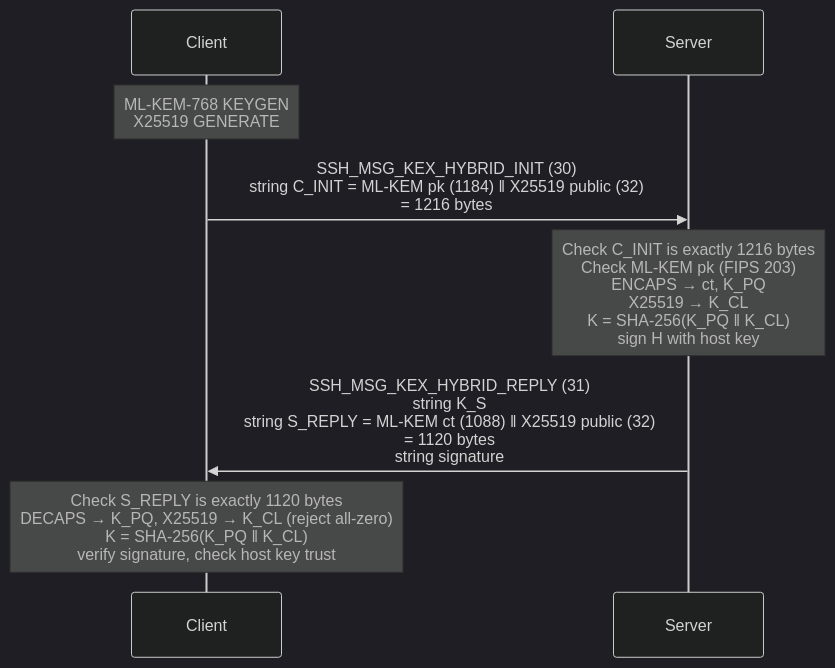
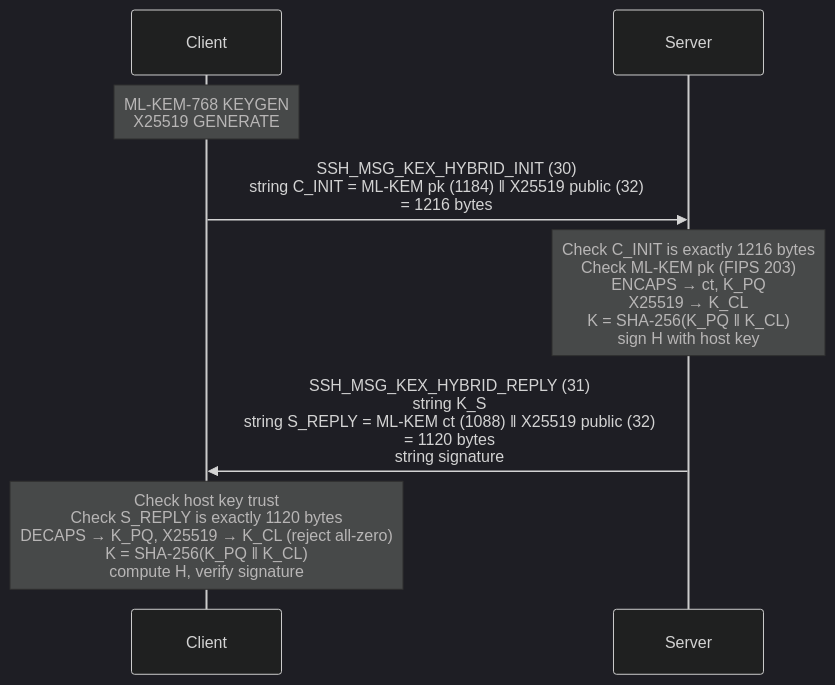
The fourth of 5 diagrams in src/crypto-post-quantum.md (fornwall/ssh-protocol), drawn with Mermaid (dark theme) before and after one commit. The commit also changed 9 other files, not shown here.

First line of the commit message:
Show that the client checks host-key trust before the KEX signature

````diff
--- a/src/crypto-post-quantum.md
+++ b/src/crypto-post-quantum.md
@@ -323,10 +323,10 @@
 ```mermaid
 sequenceDiagram
     participant C as Client
     participant S as Server
     Note over C: ML-KEM-768 KEYGEN<br/>X25519 GENERATE
     C->>S: SSH_MSG_KEX_HYBRID_INIT (30)<br/>string C_INIT = ML-KEM pk (1184) ‖ X25519 public (32)<br/>= 1216 bytes
     Note over S: Check C_INIT is exactly 1216 bytes<br/>Check ML-KEM pk (FIPS 203)<br/>ENCAPS → ct, K_PQ<br/>X25519 → K_CL<br/>K = SHA-256(K_PQ ‖ K_CL)<br/>sign H with host key
     S->>C: SSH_MSG_KEX_HYBRID_REPLY (31)<br/>string K_S<br/>string S_REPLY = ML-KEM ct (1088) ‖ X25519 public (32)<br/>= 1120 bytes<br/>string signature
-    Note over C: Check S_REPLY is exactly 1120 bytes<br/>DECAPS → K_PQ, X25519 → K_CL (reject all-zero)<br/>K = SHA-256(K_PQ ‖ K_CL)<br/>verify signature, check host key trust
+    Note over C: Check host key trust<br/>Check S_REPLY is exactly 1120 bytes<br/>DECAPS → K_PQ, X25519 → K_CL (reject all-zero)<br/>K = SHA-256(K_PQ ‖ K_CL)<br/>compute H, verify signature
 ```
````
